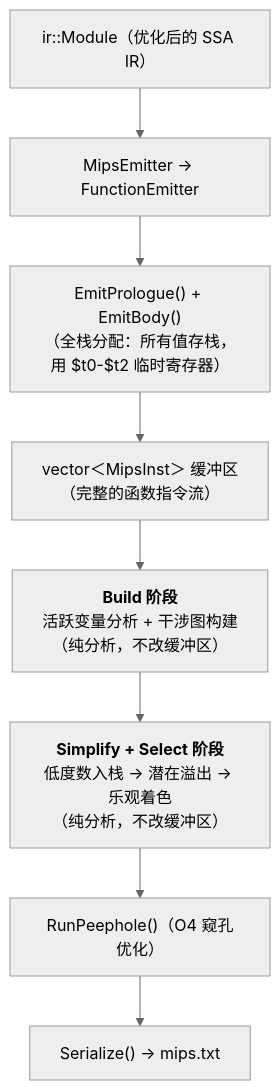
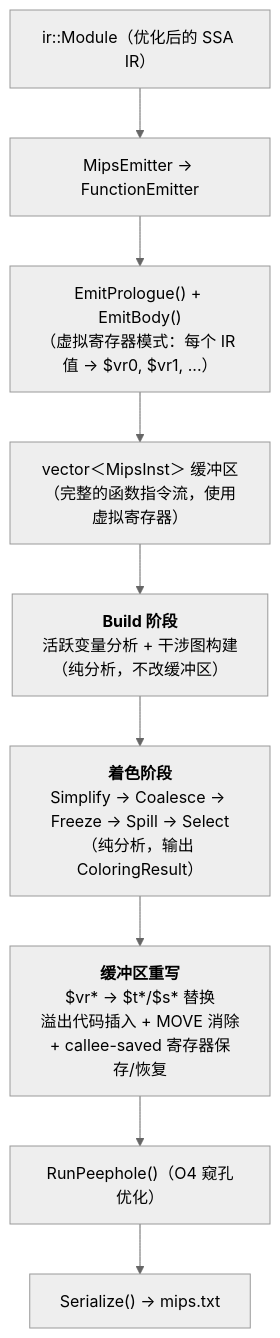
Before and after one commit to handofsilver/BUAA_SysY_Compiler_2024: the first of 7 diagrams in docs/design_documents/register_allocation.md, drawn with Mermaid (neutral theme). The commit also changed other lines of this file, not shown here.

````diff
--- a/docs/design_documents/register_allocation.md
+++ b/docs/design_documents/register_allocation.md
@@ -21,11 +23,12 @@
 ```mermaid
 flowchart TD
     IR["ir::Module（优化后的 SSA IR）"]
     IR --> MIPS["MipsEmitter → FunctionEmitter"]
-    MIPS --> EMIT["EmitPrologue() + EmitBody()<br/>（全栈分配：所有值存栈，用 $t0-$t2 临时寄存器）"]
-    EMIT --> BUF["vector＜MipsInst＞ 缓冲区<br/>（完整的函数指令流）"]
+    MIPS --> EMIT["EmitPrologue() + EmitBody()<br/>（虚拟寄存器模式：每个 IR 值 → $vr0, $vr1, ...）"]
+    EMIT --> BUF["vector＜MipsInst＞ 缓冲区<br/>（完整的函数指令流，使用虚拟寄存器）"]
     BUF --> BUILD["<b>Build 阶段</b><br/>活跃变量分析 + 干涉图构建<br/>（纯分析，不改缓冲区）"]
-    BUILD --> SIMP["<b>Simplify + Select 阶段</b><br/>低度数入栈 → 潜在溢出 → 乐观着色<br/>（纯分析，不改缓冲区）"]
-    SIMP --> PEEP["RunPeephole()（O4 窥孔优化）"]
+    BUILD --> COLOR["<b>着色阶段</b><br/>Simplify → Coalesce → Freeze → Spill → Select<br/>（纯分析，输出 ColoringResult）"]
+    COLOR --> REWRITE["<b>缓冲区重写</b><br/>$vr* → $t*/$s* 替换<br/>溢出代码插入 + MOVE 消除<br/>+ callee-saved 寄存器保存/恢复"]
+    REWRITE --> PEEP["RunPeephole()（O4 窥孔优化）"]
     PEEP --> SER["Serialize() → mips.txt"]
 ```
````
